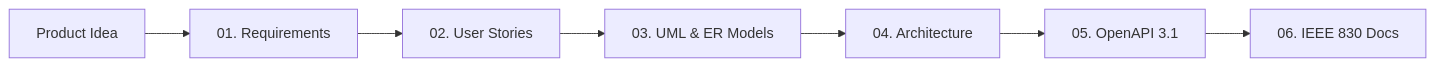
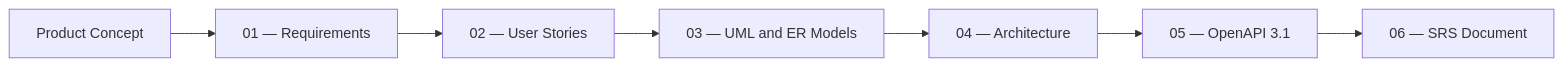
Before and after one commit to hashfydr/SEOS: the diagram in README.md, drawn with Mermaid. The commit also changed other lines of this file, not shown here.

Commit message:
docs: rewrite README as professional production-grade document

````diff
--- a/README.md
+++ b/README.md
@@ -62,9 +50,9 @@
 ```mermaid
 flowchart LR
-    A["Product Idea"] --> B["01. Requirements"]
-    B --> C["02. User Stories"]
-    C --> D["03. UML & ER Models"]
-    D --> E["04. Architecture"]
-    E --> F["05. OpenAPI 3.1"]
-    F --> G["06. IEEE 830 Docs"]
+    A["Product Concept"] --> B["01 — Requirements"]
+    B --> C["02 — User Stories"]
+    C --> D["03 — UML and ER Models"]
+    D --> E["04 — Architecture"]
+    E --> F["05 — OpenAPI 3.1"]
+    F --> G["06 — SRS Document"]
 ```
````
